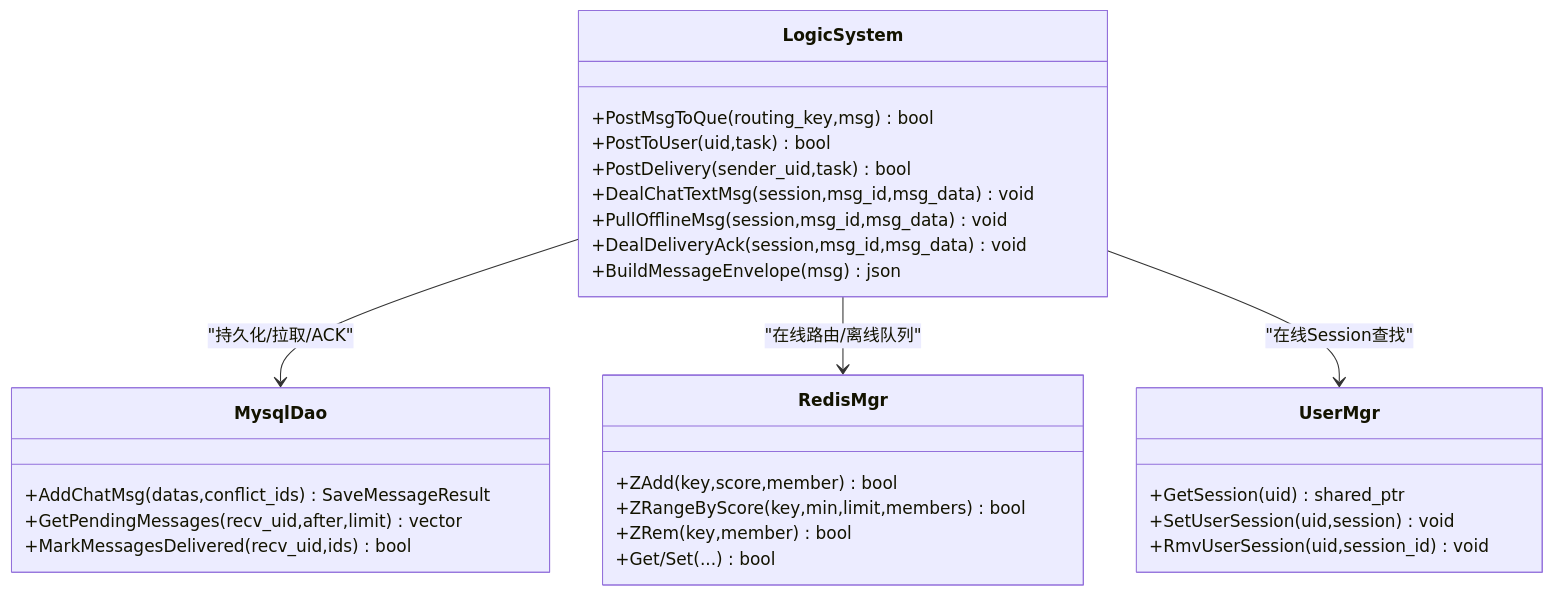
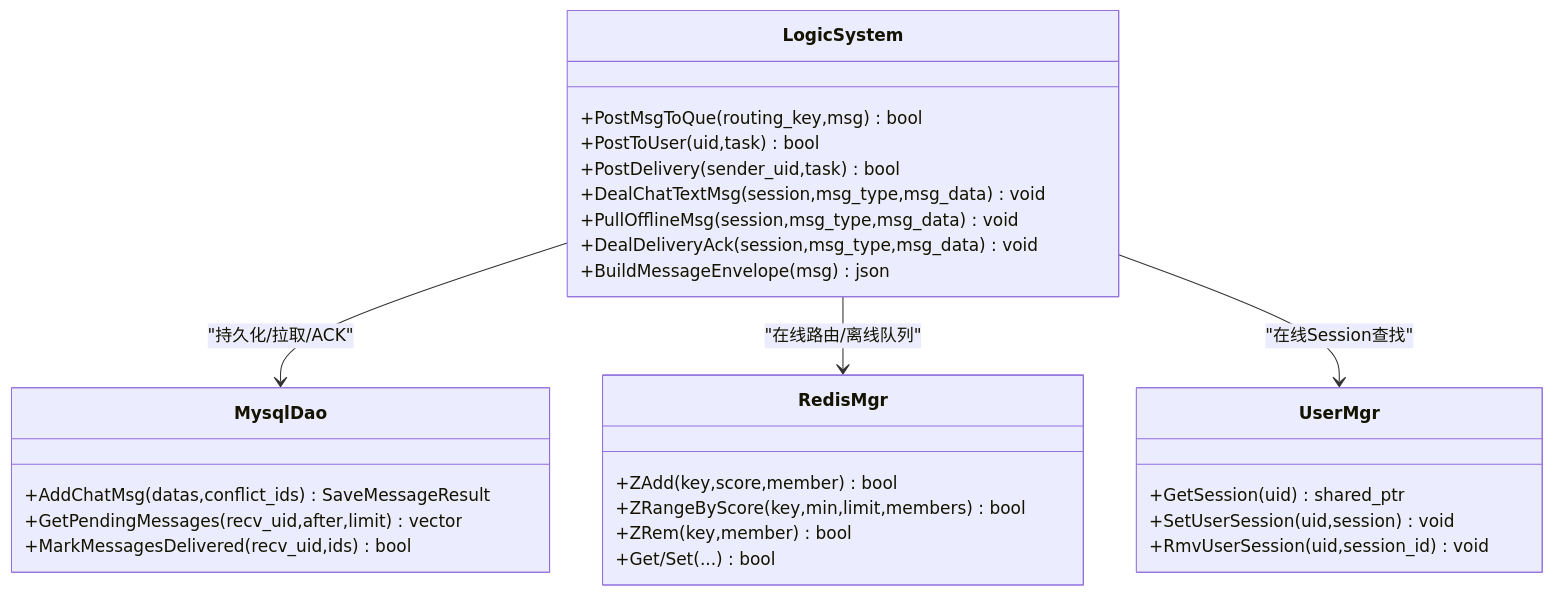
One commit to echo9923/mychatter changed the tenth of 14 diagrams in .qoder/repowiki/zh/content/核心功能模块/聊天消息系统/离线消息投递系统.md. Above: the diagram before and after it, drawn with Mermaid. The commit also changed other lines of this file and 128 other files, not shown here.

First line of the commit message:
refactor(protocol): TCP 帧头消息类型 msg_id 全局改名为 msg_type

````diff
--- a/.qoder/repowiki/zh/content/核心功能模块/聊天消息系统/离线消息投递系统.md
+++ b/.qoder/repowiki/zh/content/核心功能模块/聊天消息系统/离线消息投递系统.md
@@ -427,31 +427,31 @@
 ```mermaid
 classDiagram
 class LogicSystem {
 +PostMsgToQue(routing_key,msg) bool
 +PostToUser(uid,task) bool
 +PostDelivery(sender_uid,task) bool
-+DealChatTextMsg(session,msg_id,msg_data) void
-+PullOfflineMsg(session,msg_id,msg_data) void
-+DealDeliveryAck(session,msg_id,msg_data) void
++DealChatTextMsg(session,msg_type,msg_data) void
++PullOfflineMsg(session,msg_type,msg_data) void
++DealDeliveryAck(session,msg_type,msg_data) void
 +BuildMessageEnvelope(msg) json
 }
 class UserMgr {
 +GetSession(uid) shared_ptr<CSession>
 +SetUserSession(uid,session) void
 +RmvUserSession(uid,session_id) void
 }
 class MysqlDao {
 +AddChatMsg(datas,conflict_ids) SaveMessageResult
 +GetPendingMessages(recv_uid,after,limit) vector
 +MarkMessagesDelivered(recv_uid,ids) bool
 }
 class RedisMgr {
 +ZAdd(key,score,member) bool
 +ZRangeByScore(key,min,limit,members) bool
 +ZRem(key,member) bool
 +Get/Set(...) bool
 }
 LogicSystem --> MysqlDao : "持久化/拉取/ACK"
 LogicSystem --> RedisMgr : "在线路由/离线队列"
 LogicSystem --> UserMgr : "在线Session查找"
 ```
````
